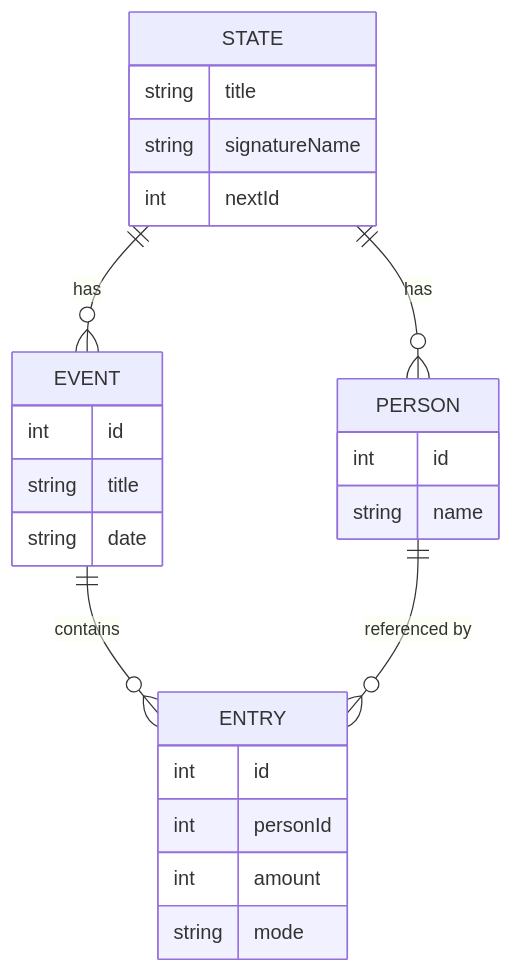
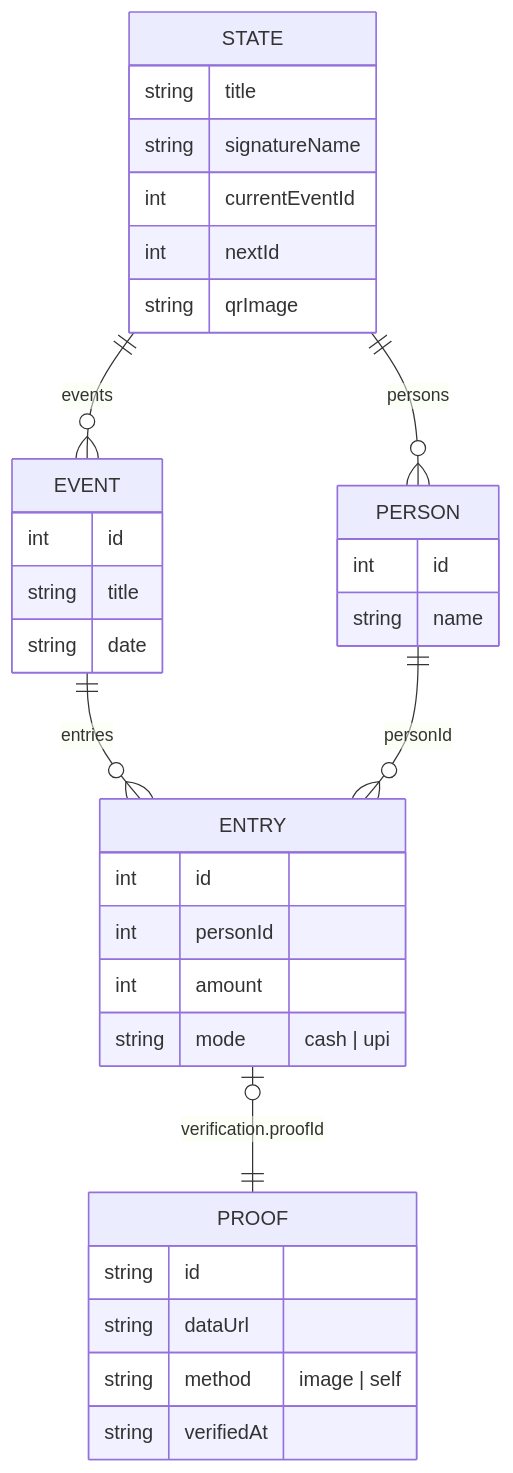
One commit to VinaySoni-IN/Collection-Sathi changed the second of 4 diagrams in README.md. Above: the diagram before and after it, drawn with Mermaid. The commit also changed other lines of this file and 2 other files, not shown here.

````diff
--- a/README.md
+++ b/README.md
@@ -128,28 +224,37 @@
 ```mermaid
 erDiagram
-    STATE ||--o{ PERSON : has
-    STATE ||--o{ EVENT : has
-    EVENT ||--o{ ENTRY : contains
-    PERSON ||--o{ ENTRY : "referenced by"
+    STATE ||--o{ PERSON : "persons"
+    STATE ||--o{ EVENT : "events"
+    EVENT ||--o{ ENTRY : "entries"
+    PERSON ||--o{ ENTRY : "personId"
+    ENTRY |o--|| PROOF : "verification.proofId"
 
     STATE {
         string title
         string signatureName
+        int currentEventId
         int nextId
+        string qrImage
     }
     PERSON {
         int id
         string name
     }
     EVENT {
         int id
         string title
         string date
     }
     ENTRY {
         int id
         int personId
         int amount
-        string mode
+        string mode "cash | upi"
+    }
+    PROOF {
+        string id
+        string dataUrl
+        string method "image | self"
+        string verifiedAt
     }
 ```
````
